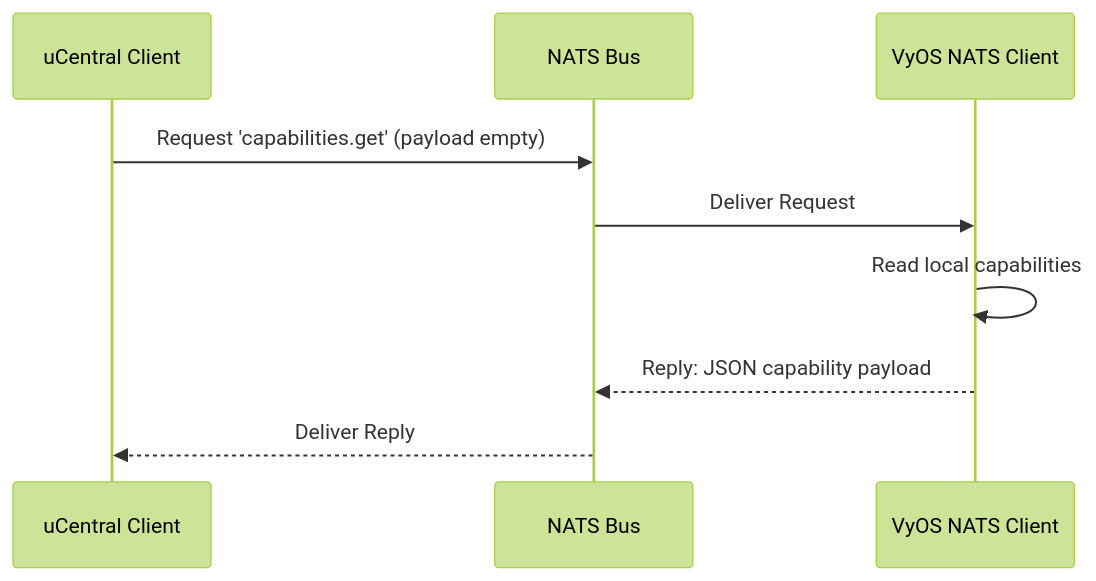
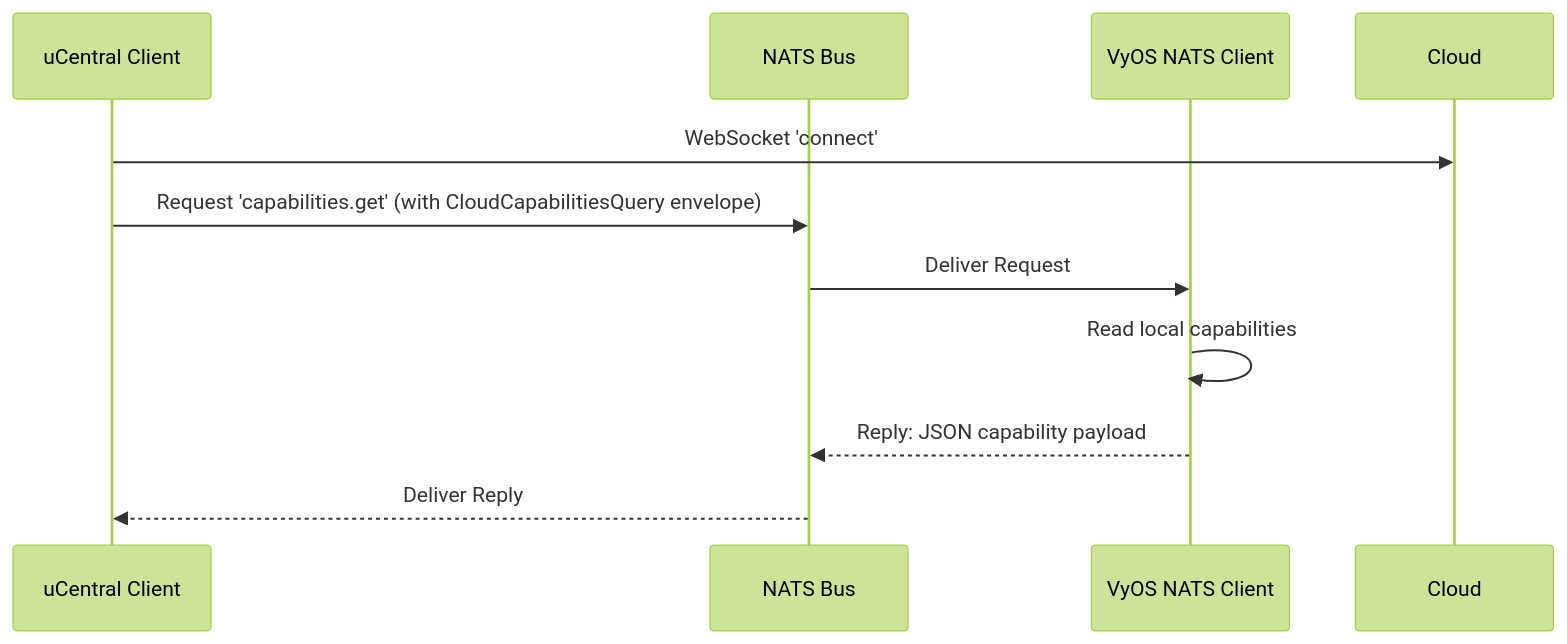
The second of 5 diagrams in HIGH_LEVEL_DESIGN.md (routerarchitects/TIP-olg-ucentral-client), drawn with Mermaid (forest theme) before and after one commit. The commit also changed other lines of this file and 3 other files, not shown here.

````diff
--- a/HIGH_LEVEL_DESIGN.md
+++ b/HIGH_LEVEL_DESIGN.md
@@ -127,12 +144,13 @@
 ```mermaid
 sequenceDiagram
     participant GoClient as uCentral Client
     participant NATS as NATS Bus
     participant VyOS as VyOS NATS Client
 
-    GoClient->>NATS: Request 'capabilities.get' (payload empty)
+    GoClient->>Cloud: WebSocket 'connect'
+    GoClient->>NATS: Request 'capabilities.get' (with CloudCapabilitiesQuery envelope)
     NATS->>VyOS: Deliver Request
     VyOS->>VyOS: Read local capabilities
     VyOS-->>NATS: Reply: JSON capability payload
     NATS-->>GoClient: Deliver Reply
 ```
````
